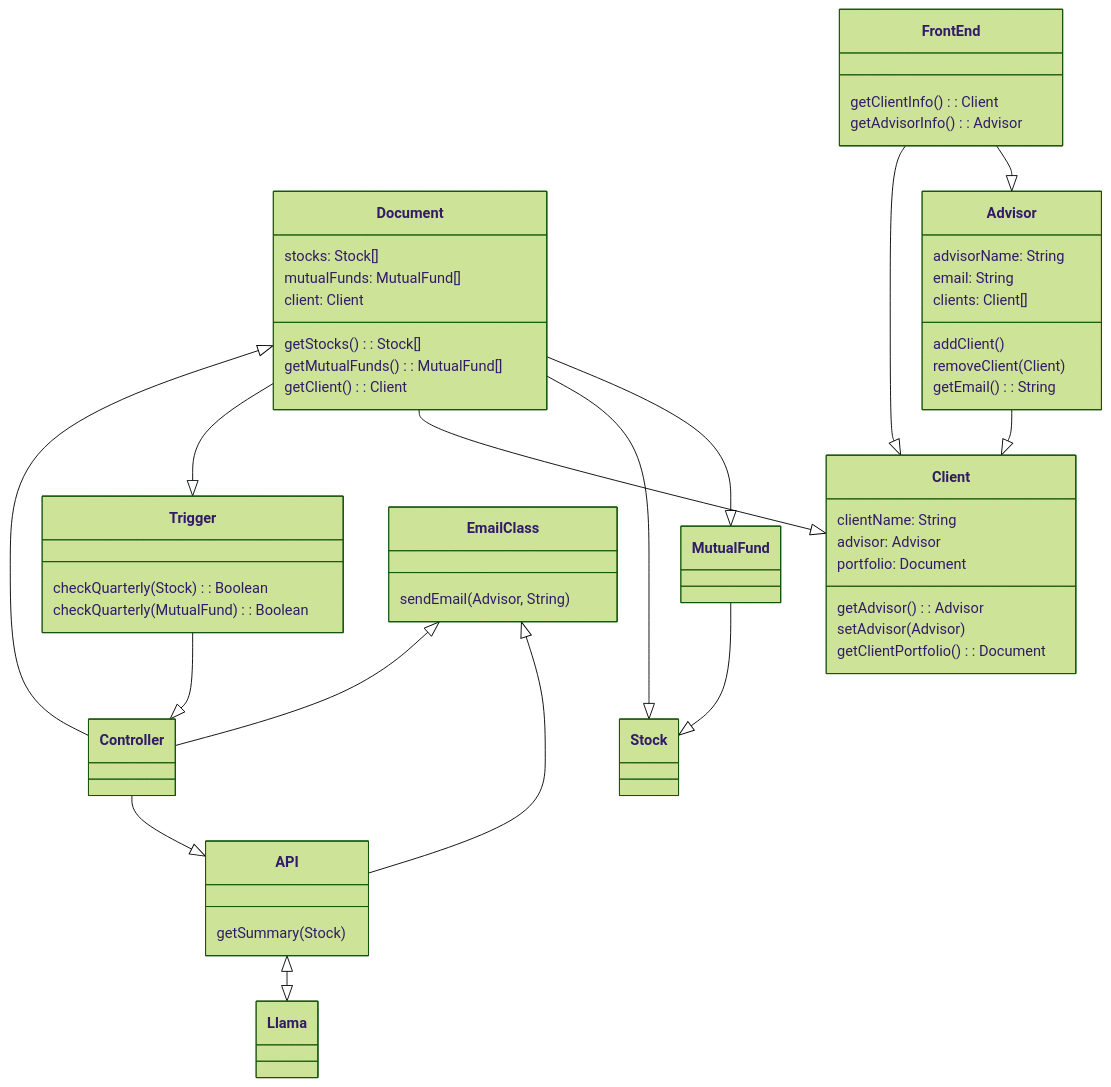
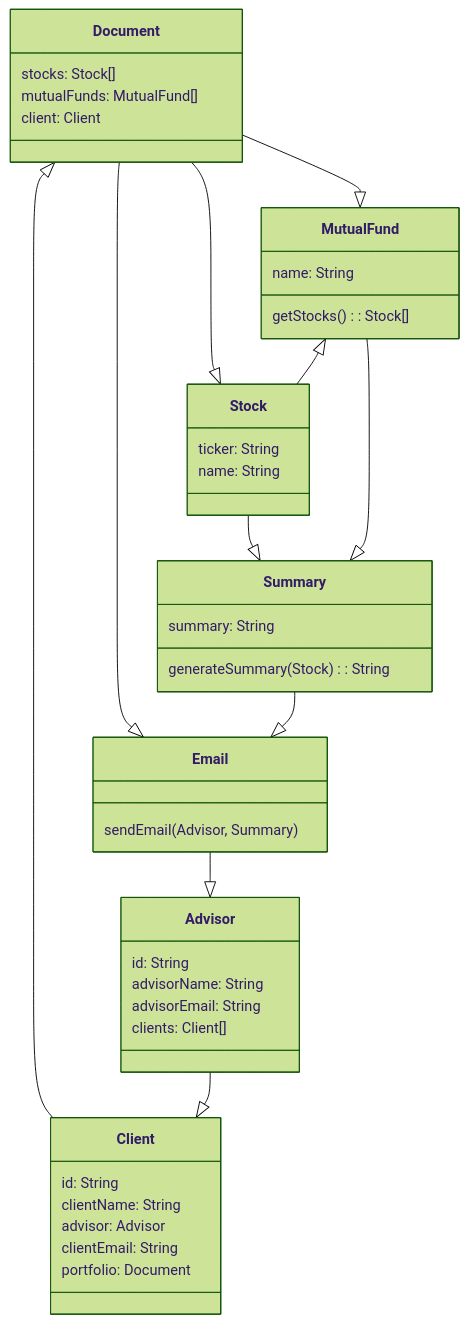
The diagram in Design/DomainModel.md (ChanRathke/PortfolioSentinel), drawn with Mermaid (forest theme) before and after one commit. The commit also changed other lines of this file, not shown here.

````diff
--- a/Design/DomainModel.md
+++ b/Design/DomainModel.md
@@ -2,56 +2,46 @@
 ```mermaid
 classDiagram
-Document <|-- Controller
-Controller --|> API
-Document --|> Trigger
-Document --|> Client
-FrontEnd --|> Client
-FrontEnd --|> Advisor
+Document <|-- Client
 Advisor --|> Client
-Trigger --|> Controller 
-EmailClass <|-- Controller
-EmailClass <|-- API
-API <|--|> Llama
+Email --|> Advisor
 Document --|> Stock
 Document --|> MutualFund
-Mutual Fund --|> Stock
+Document --|> Email
+Stock --|> Summary
+MutualFund --|> Summary
+Summary --|> Email
+Mutual Fund <|-- Stock
 class Advisor {
+      id: String
       advisorName: String
-      email: String
+      advisorEmail: String
       clients: Client[]
-      addClient()
-      removeClient(Client)
-      getEmail(): String
 }
 class Client {
+      id: String
       clientName: String
       advisor: Advisor
+      clientEmail: String
       portfolio: Document
-      getAdvisor(): Advisor
-      setAdvisor(Advisor)
-      getClientPortfolio(): Document
 }
 class Document {
       stocks: Stock[]
       mutualFunds: MutualFund[]
       client: Client
+}
+class Email {
+      sendEmail(Advisor, Summary)
+}
+class Summary {
+      summary: String
+      generateSummary(Stock): String
+}
+class MutualFund {
+      name: String
       getStocks(): Stock[]
-      getMutualFunds(): MutualFund[]
-      getClient(): Client
 }
-class Trigger {
-      checkQuarterly(Stock): Boolean
-      checkQuarterly(MutualFund): Boolean
+class Stock {
+      ticker:  String
+      name: String
 }
-class FrontEnd {
-      getClientInfo(): Client
-      getAdvisorInfo(): Advisor
-}
-class API{
-      getSummary(Stock)
-}
-class EmailClass {
-      sendEmail(Advisor, String)
-}
-
 ```
````
